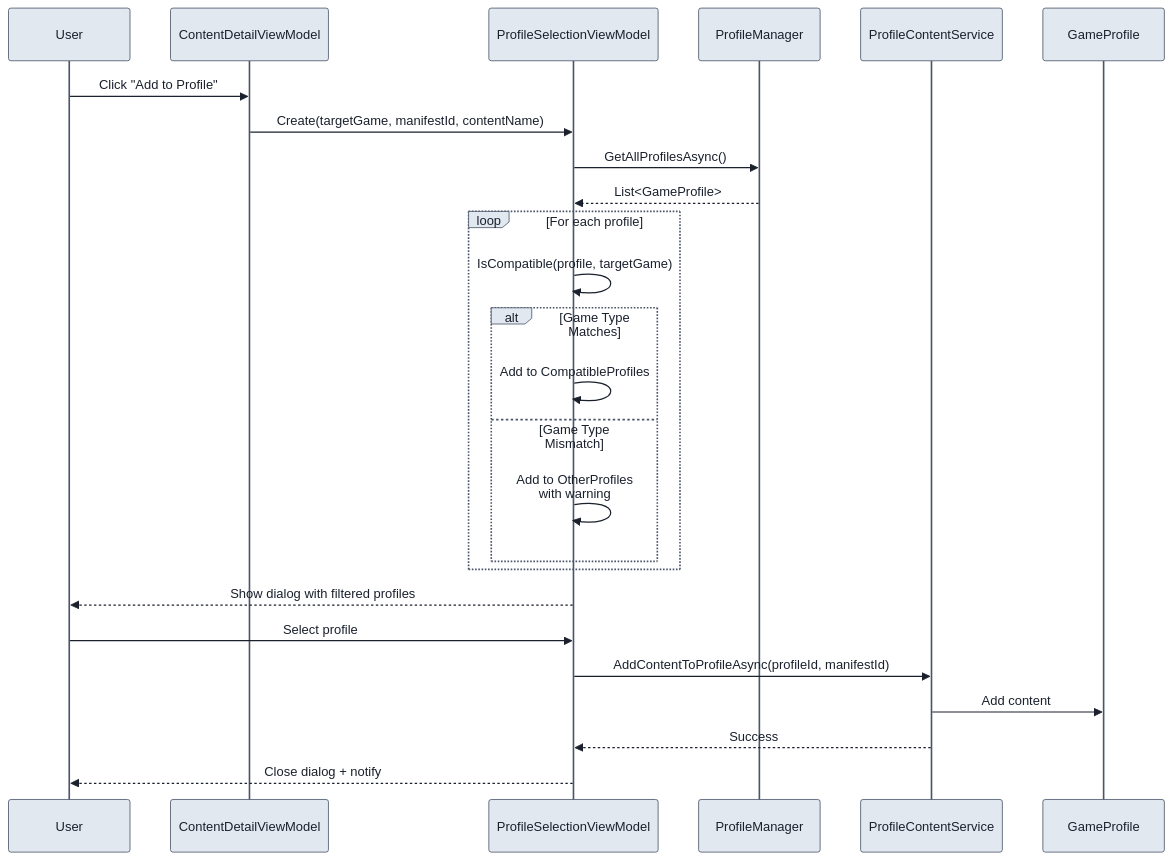
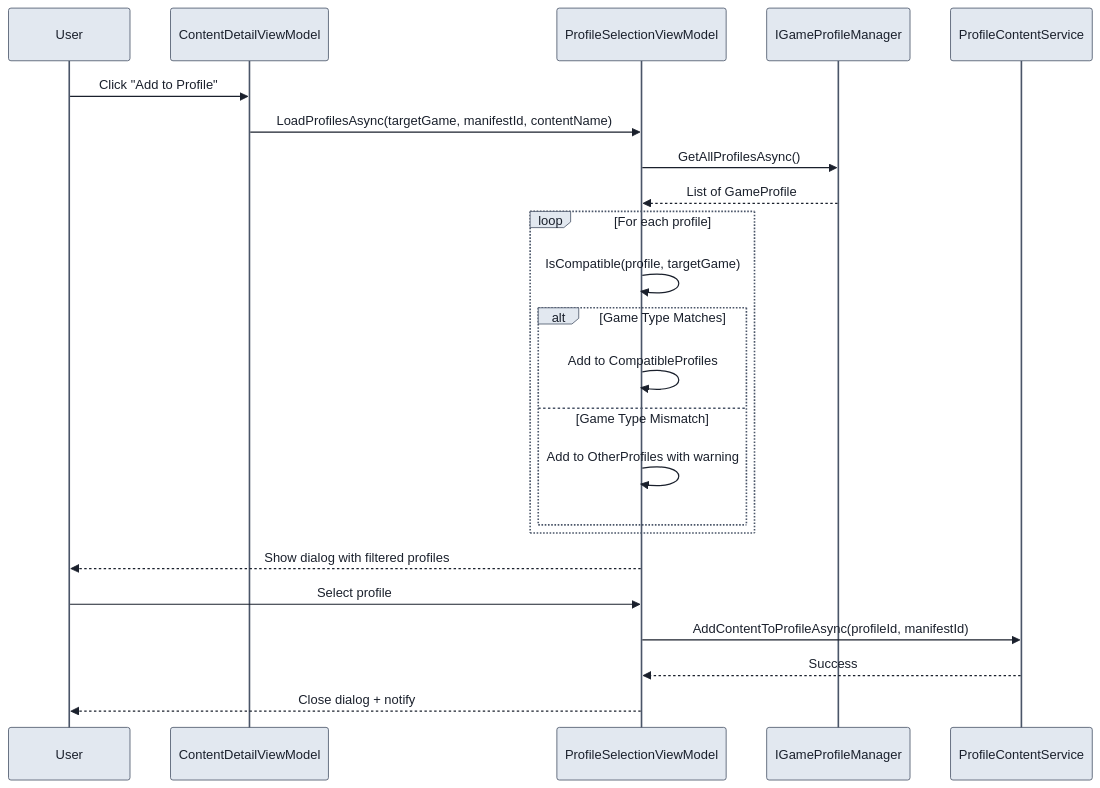
The seventh of 9 diagrams in docs/FlowCharts/Downloads-Flow.md (undead2146/GenHub), drawn with Mermaid before and after one commit. The commit also changed other lines of this file and 215 other files, not shown here.

````diff
--- a/docs/FlowCharts/Downloads-Flow.md
+++ b/docs/FlowCharts/Downloads-Flow.md
@@ -403,41 +363,39 @@
 ```mermaid
 %%{init: {
   'theme': 'base',
   'themeVariables': {
     'primaryColor': '#e2e8f0',
     'primaryTextColor': '#1a202c',
     'primaryBorderColor': '#4a5568',
     'lineColor': '#2d3748',
     'background': '#ffffff'
   }
 }}%%
 
 sequenceDiagram
     participant User
     participant CDVM as ContentDetailViewModel
     participant PSVM as ProfileSelectionViewModel
-    participant PM as ProfileManager
+    participant PM as IGameProfileManager
     participant PCS as ProfileContentService
-    participant Profile as GameProfile
 
     User->>CDVM: Click "Add to Profile"
-    CDVM->>PSVM: Create(targetGame, manifestId, contentName)
+    CDVM->>PSVM: LoadProfilesAsync(targetGame, manifestId, contentName)
     PSVM->>PM: GetAllProfilesAsync()
-    PM-->>PSVM: List<GameProfile>
+    PM-->>PSVM: List of GameProfile
 
     loop For each profile
         PSVM->>PSVM: IsCompatible(profile, targetGame)
         alt Game Type Matches
             PSVM->>PSVM: Add to CompatibleProfiles
         else Game Type Mismatch
-            PSVM->>PSVM: Add to OtherProfiles<br/>with warning
+            PSVM->>PSVM: Add to OtherProfiles with warning
         end
     end
 
     PSVM-->>User: Show dialog with filtered profiles
     User->>PSVM: Select profile
     PSVM->>PCS: AddContentToProfileAsync(profileId, manifestId)
-    PCS->>Profile: Add content
     PCS-->>PSVM: Success
     PSVM-->>User: Close dialog + notify
 ```
````
